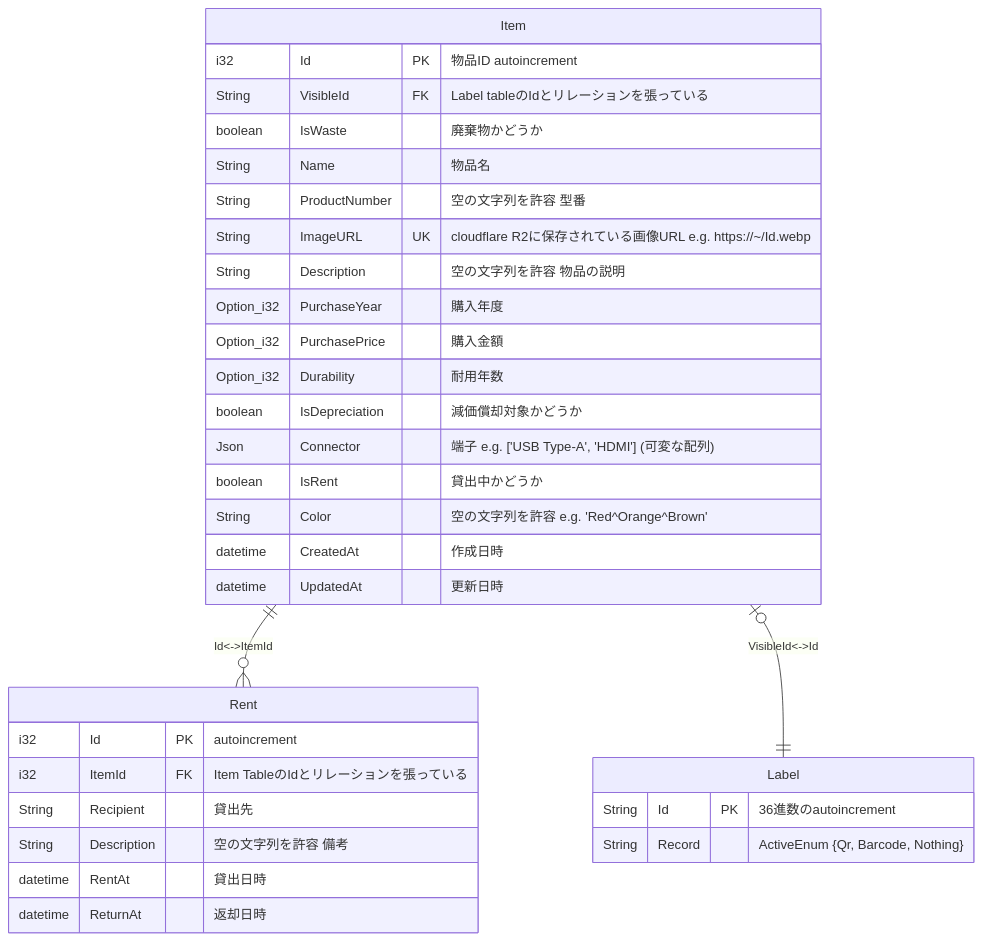
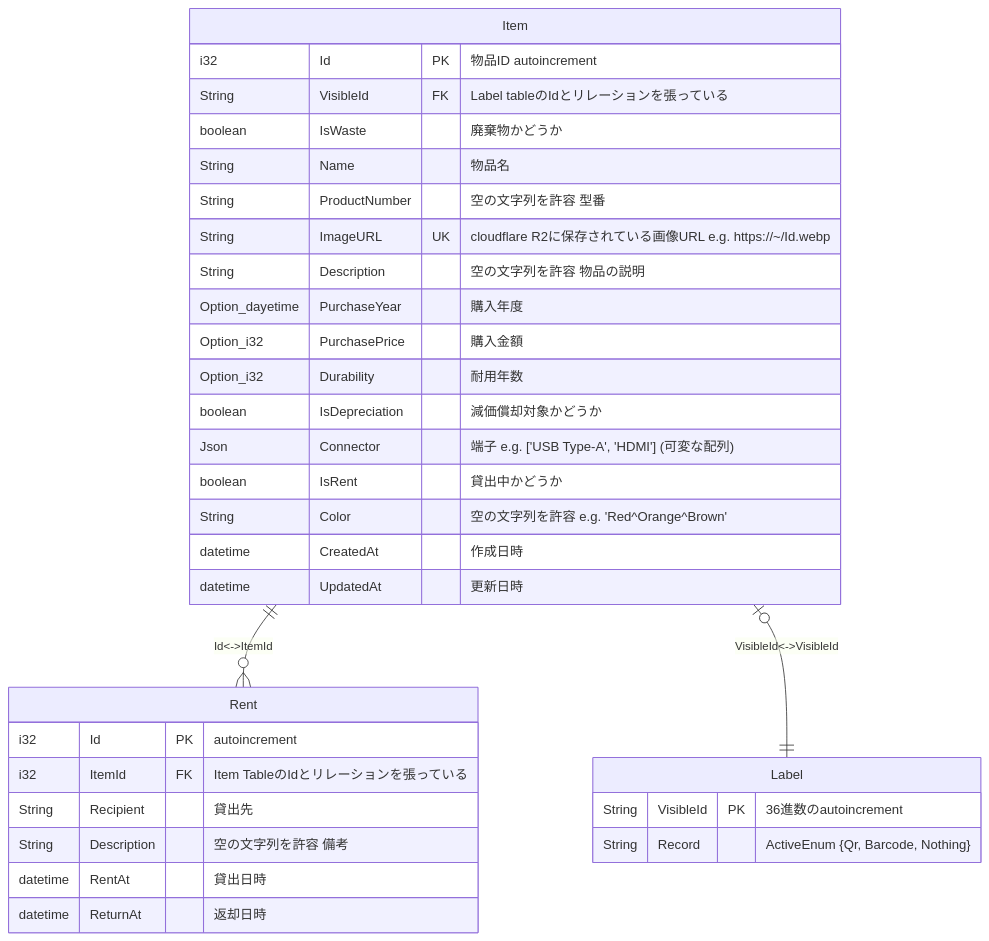
One commit to sohosai/dashi changed the first of 3 diagrams in documents/database.md. Above: the diagram before and after it, drawn with Mermaid.

Commit message:
feat: update document

````diff
--- a/documents/database.md
+++ b/documents/database.md
@@ -10,35 +10,35 @@
 ```mermaid
 erDiagram
     Item ||--o{ Rent : "Id<->ItemId"
-    Item |o--|| Label : "VisibleId<->Id"
+    Item |o--|| Label : "VisibleId<->VisibleId"
     Item {
         i32 Id PK "物品ID autoincrement"
         String VisibleId FK "Label tableのIdとリレーションを張っている"
         boolean IsWaste "廃棄物かどうか"
         String Name "物品名"
         String ProductNumber "空の文字列を許容 型番"
         String ImageURL UK "cloudflare R2に保存されている画像URL e.g. https://~/Id.webp"
         String Description "空の文字列を許容 物品の説明"
-        Option_i32 PurchaseYear "購入年度"
+        Option_dayetime PurchaseYear "購入年度"
         Option_i32 PurchasePrice "購入金額"
         Option_i32 Durability "耐用年数"
         boolean IsDepreciation "減価償却対象かどうか"
         Json Connector "端子 e.g. ['USB Type-A', 'HDMI'] (可変な配列)"
         boolean IsRent "貸出中かどうか"
         String Color "空の文字列を許容 e.g. 'Red^Orange^Brown'"
         datetime CreatedAt "作成日時"
         datetime UpdatedAt "更新日時"
     }
     Label {
-        String Id PK "36進数のautoincrement"
+        String VisibleId PK "36進数のautoincrement"
         String Record "ActiveEnum {Qr, Barcode, Nothing}"
     }
     Rent {
         i32 Id PK "autoincrement"
         i32 ItemId FK "Item TableのIdとリレーションを張っている"
         String Recipient "貸出先"
         String Description "空の文字列を許容 備考"
         datetime RentAt "貸出日時"
         datetime ReturnAt "返却日時"
     }
 ```
````
